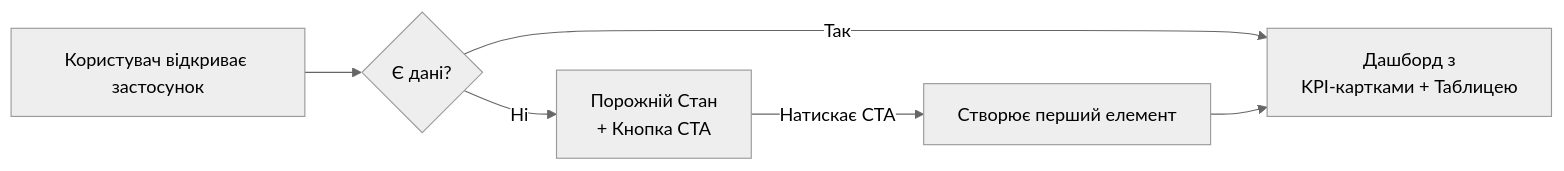
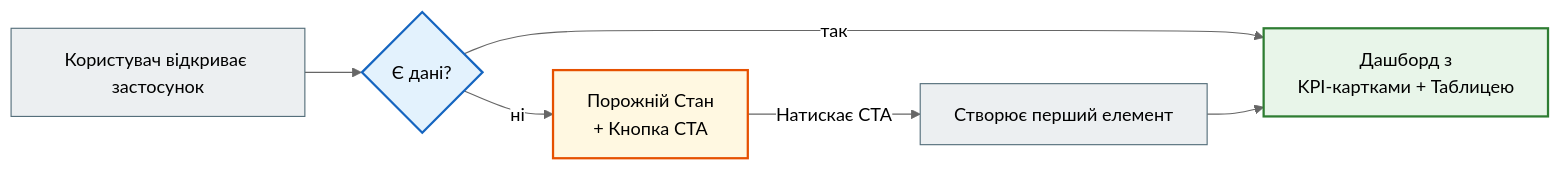
The fourth of 11 diagrams in docs/05_frontend_and_templates/design_foundations_full.md (NikoriakViktot/notes_chat_app), drawn with Mermaid (neutral theme) before and after one commit. The commit also changed other lines of this file and 441 other files, not shown here.

First line of the commit message:
Add English version of the book, Mermaid standard, docs fixes

````diff
--- a/docs/05_frontend_and_templates/design_foundations_full.md
+++ b/docs/05_frontend_and_templates/design_foundations_full.md
@@ -259,8 +278,17 @@
 ```mermaid
 graph LR
     A[Користувач відкриває застосунок] --> B{Є дані?}
-    B -->|Ні| C[Порожній Стан<br>+ Кнопка CTA]
-    B -->|Так| D[Дашборд з<br>KPI-картками + Таблицею]
+    B -->|ні| C[Порожній Стан<br>+ Кнопка CTA]
+    B -->|так| D[Дашборд з<br>KPI-картками + Таблицею]
     C -->|Натискає CTA| E[Створює перший елемент]
     E --> D
+
+    classDef step     fill:#eceff1,stroke:#546e7a,stroke-width:1px;
+    classDef decision fill:#e3f2fd,stroke:#1565c0,stroke-width:2px;
+    classDef success  fill:#e8f5e9,stroke:#2e7d32,stroke-width:2px;
+    classDef warning  fill:#fff8e1,stroke:#e65100,stroke-width:2px;
+    class A,E step;
+    class B decision;
+    class D success;
+    class C warning;
 ```
````
